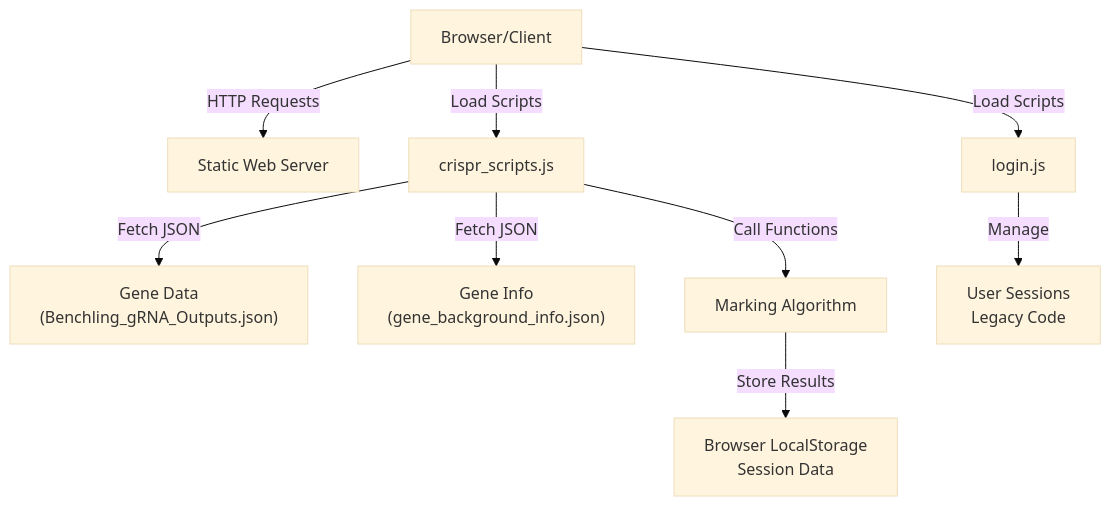
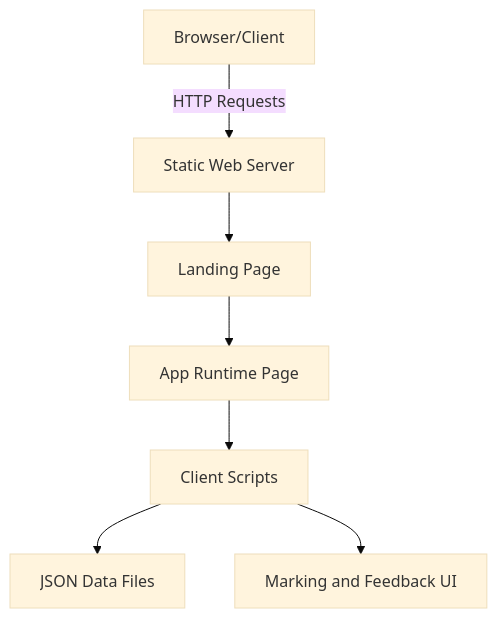
Before and after one commit to AlexJSully/SciGrade: the first of 5 diagrams in docs/architecture/index.md, drawn with Mermaid (base theme). The commit also changed other lines of this file and 15 other files, not shown here.

````diff
--- a/docs/architecture/index.md
+++ b/docs/architecture/index.md
@@ -7,11 +9,9 @@
 ```mermaid
 graph TD
     A[Browser/Client] -->|HTTP Requests| B[Static Web Server]
-    A -->|Load Scripts| C[crispr_scripts.js]
-    A -->|Load Scripts| D[login.js]
-    C -->|Fetch JSON| E["Gene Data<br/>(Benchling_gRNA_Outputs.json)"]
-    C -->|Fetch JSON| F["Gene Info<br/>(gene_background_info.json)"]
-    C -->|Call Functions| G[Marking Algorithm]
-    D -->|Manage| H[User Sessions<br/>Legacy Code]
-    G -->|Store Results| I["Browser LocalStorage<br/>Session Data"]
+    B --> C[Landing Page]
+    C --> D[App Runtime Page]
+    D --> E[Client Scripts]
+    E --> F[JSON Data Files]
+    E --> G[Marking and Feedback UI]
 ```
````
